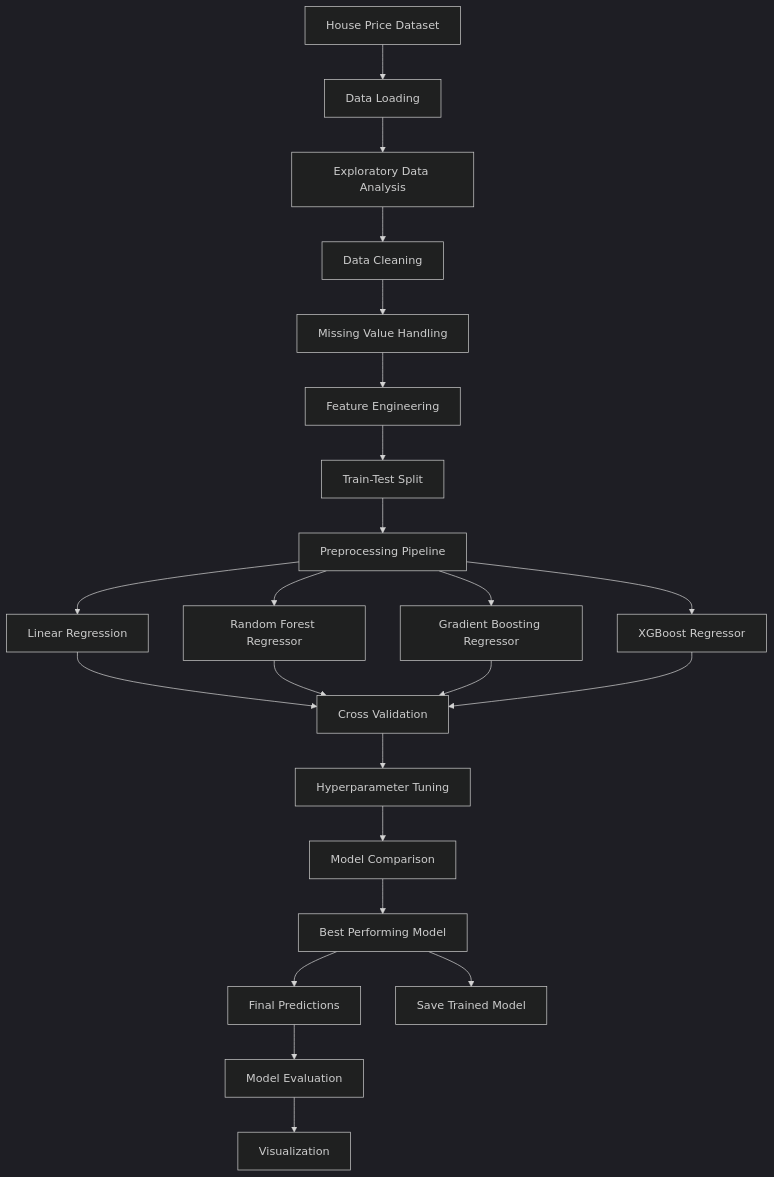
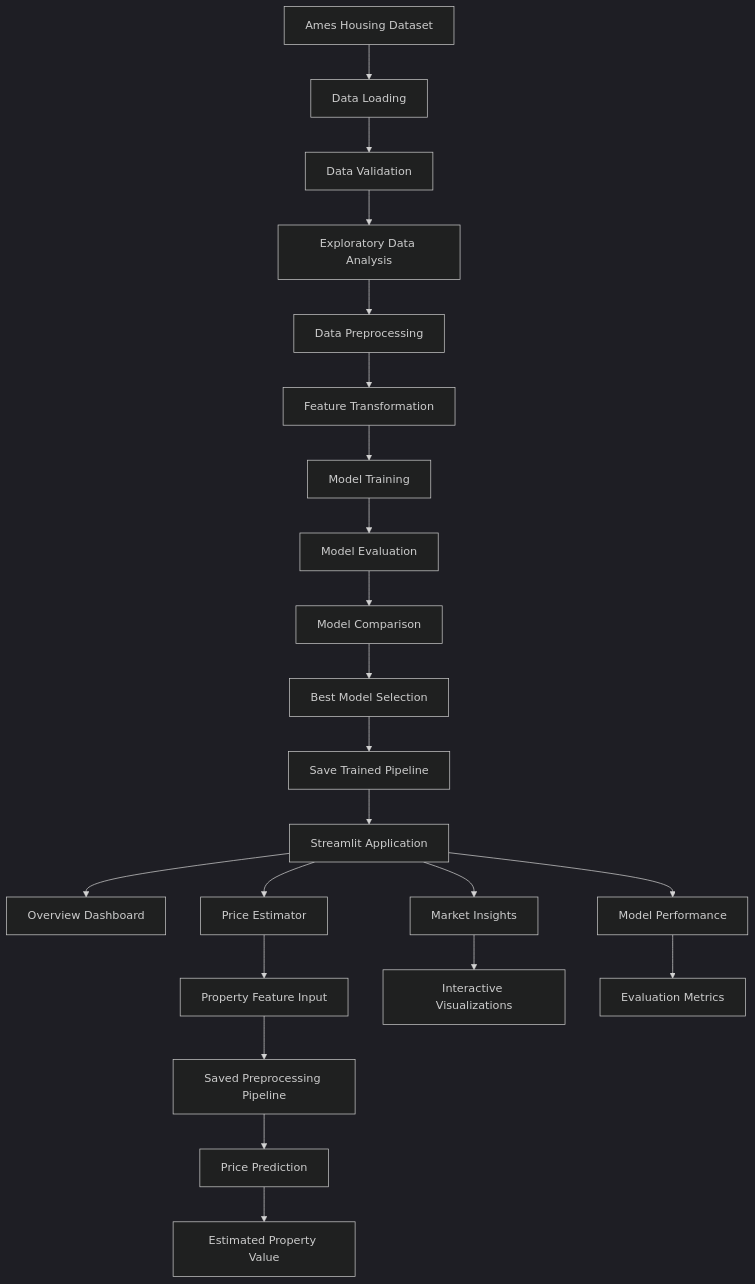
Before and after one commit to gamana29/Estatiq_Property-Intelligence: the diagram in README.md, drawn with Mermaid (dark theme). The commit also changed other lines of this file, not shown here.

First line of the commit message:
Revise README.md for project overview and objectives

````diff
--- a/README.md
+++ b/README.md
@@ -39,41 +45,27 @@
 ```mermaid
 flowchart TD
+    A[Ames Housing Dataset] --> B[Data Loading]
+    B --> C[Data Validation]
+    C --> D[Exploratory Data Analysis]
+    D --> E[Data Preprocessing]
+    E --> F[Feature Transformation]
+    F --> G[Model Training]
+    G --> H[Model Evaluation]
+    H --> I[Model Comparison]
+    I --> J[Best Model Selection]
+    J --> K[Save Trained Pipeline]
+    K --> L[Streamlit Application]
 
-    A[House Price Dataset] --> B[Data Loading]
+    L --> M[Overview Dashboard]
+    L --> N[Price Estimator]
+    L --> O[Market Insights]
+    L --> P[Model Performance]
 
-    B --> C[Exploratory Data Analysis]
+    N --> Q[Property Feature Input]
+    Q --> R[Saved Preprocessing Pipeline]
+    R --> S[Price Prediction]
+    S --> T[Estimated Property Value]
 
-    C --> D[Data Cleaning]
-
-    D --> E[Missing Value Handling]
-
-    E --> F[Feature Engineering]
-
-    F --> G[Train-Test Split]
-
-    G --> H[Preprocessing Pipeline]
-
-    H --> I1[Linear Regression]
-    H --> I2[Random Forest Regressor]
-    H --> I3[Gradient Boosting Regressor]
-    H --> I4[XGBoost Regressor]
-
-    I1 --> J[Cross Validation]
-    I2 --> J
-    I3 --> J
-    I4 --> J
-
-    J --> K[Hyperparameter Tuning]
-
-    K --> L[Model Comparison]
-
-    L --> M[Best Performing Model]
-
-    M --> N[Final Predictions]
-
-    N --> O[Model Evaluation]
-
-    O --> P[Visualization]
-
-    M --> Q[Save Trained Model]
+    O --> U[Interactive Visualizations]
+    P --> V[Evaluation Metrics]
 ```
````
